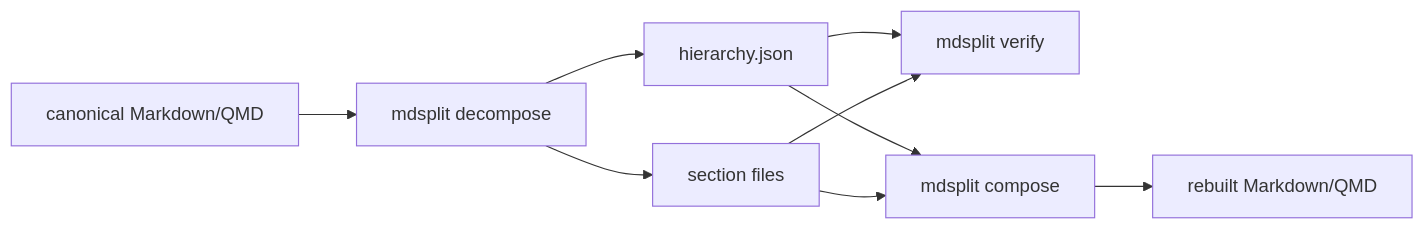
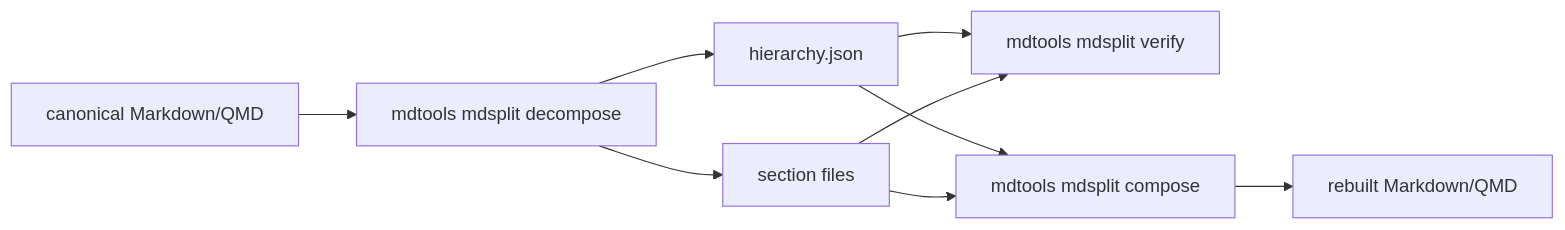
Before and after one commit to fischerimapig/mdtools: the diagram in mdsplit/README.md, drawn with Mermaid. The commit also changed other lines of this file and 37 other files, not shown here.

````diff
--- a/mdsplit/README.md
+++ b/mdsplit/README.md
@@ -32,19 +33,19 @@
 ```mermaid
 flowchart LR
     doc["canonical Markdown/QMD"]
-    decompose["mdsplit decompose"]
+    decompose["mdtools mdsplit decompose"]
     hierarchy["hierarchy.json"]
     sections["section files"]
-    verify["mdsplit verify"]
-    compose["mdsplit compose"]
+    verify["mdtools mdsplit verify"]
+    compose["mdtools mdsplit compose"]
     rebuilt["rebuilt Markdown/QMD"]
 
     doc --> decompose
     decompose --> hierarchy
     decompose --> sections
     hierarchy --> verify
     sections --> verify
     hierarchy --> compose
     sections --> compose
     compose --> rebuilt
 ```
````
